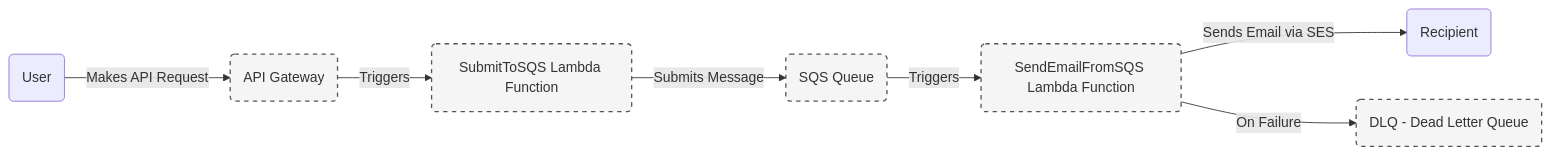
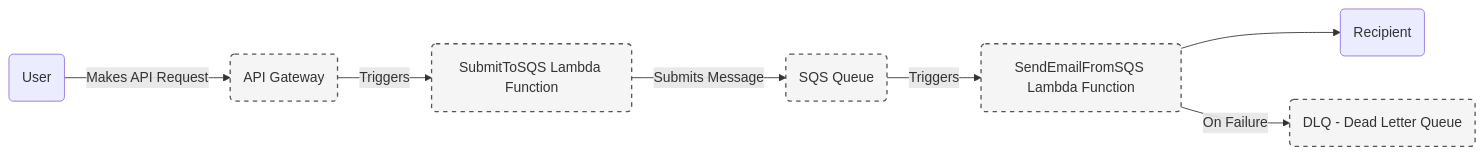
The diagram in README.md (tom-lars/AWS_email_solution), drawn with Mermaid before and after one commit.

````diff
--- a/README.md
+++ b/README.md
@@ -15,23 +15,27 @@
 ```mermaid
 flowchart LR
     A(User) -->|Makes API Request| B(API Gateway)
     B -->|Triggers| C(SubmitToSQS Lambda Function)
     C -->|Submits Message| D(SQS Queue)
+
+    %% Vertical flow after SQS Queue
     D -->|Triggers| E(SendEmailFromSQS Lambda Function)
-    E -->|Sends Email via SES| F(Recipient)
+    E --> F(Recipient)
     E -->|On Failure| G(DLQ - Dead Letter Queue)
 
     %% Styles
     B:::resource
     C:::resource
     D:::resource
     E:::resource
     G:::resource
 
     classDef resource fill:#f5f5f5,stroke:#555,stroke-width:1.5px,stroke-dasharray: 5, 5, color:#333;
 
 
 
 
 
+
+
 ```
````
